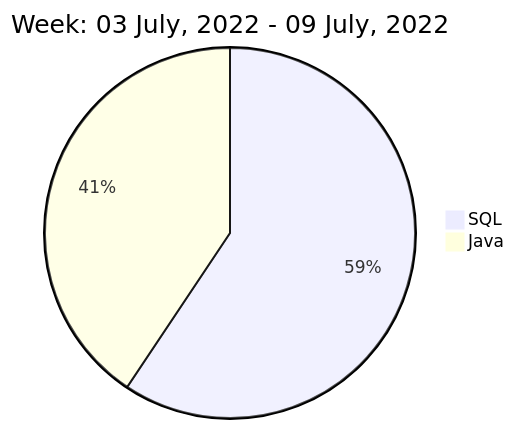
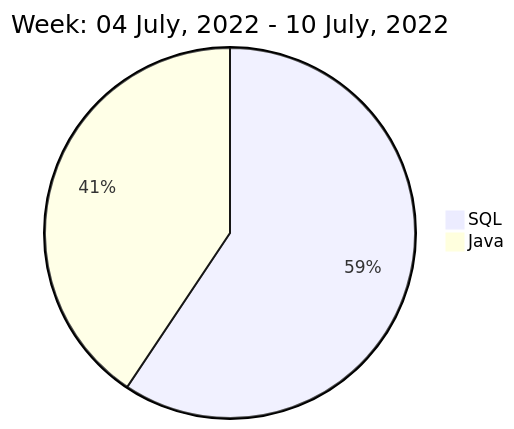
Before and after one commit to liubin95/liubin95: the diagram in README.md, drawn with Mermaid.

Commit message:
Updated the Graph with new Metrics

````diff
--- a/README.md
+++ b/README.md
@@ -40,6 +40,6 @@
 ```mermaid
  pie
-title Week: 03 July, 2022 - 09 July, 2022
+title Week: 04 July, 2022 - 10 July, 2022
  "SQL" : 2.63
  "Java" : 1.8
 ```
````
